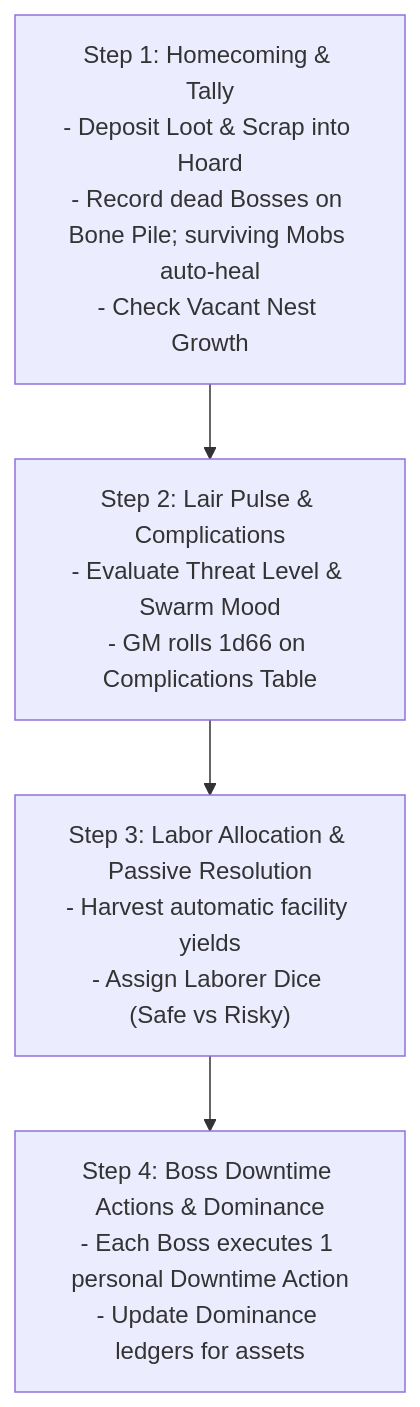
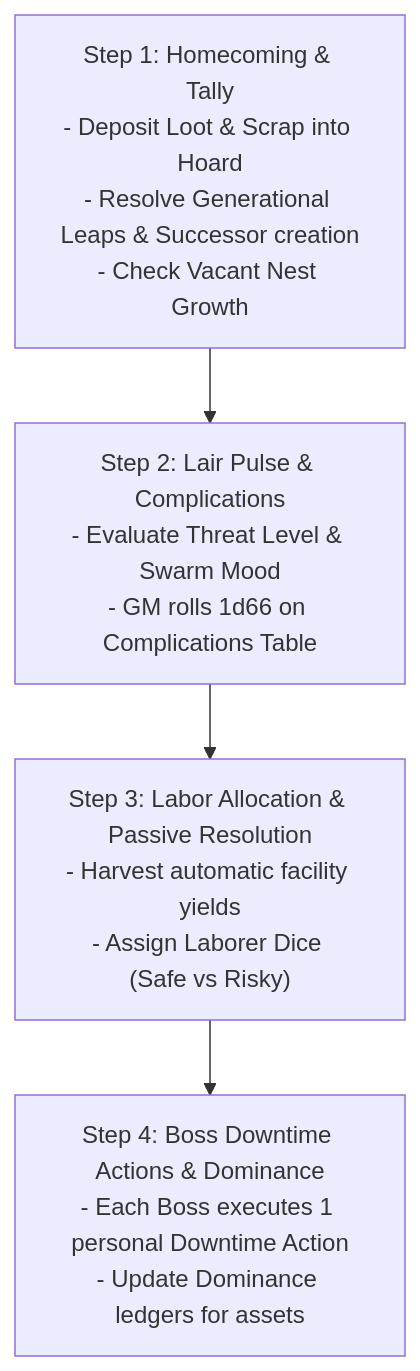
One commit to antedev/gobbos changed the first of 2 diagrams in 02_PROD_Core_Rules/10_The_Lair_Loop_and_Progression.md. Above: the diagram before and after it, drawn with Mermaid. The commit also changed other lines of this file and 2 other files, not shown here.

````diff
--- a/02_PROD_Core_Rules/10_The_Lair_Loop_and_Progression.md
+++ b/02_PROD_Core_Rules/10_The_Lair_Loop_and_Progression.md
@@ -87,6 +85,6 @@
 ```mermaid
 flowchart TD
-    S1["Step 1: Homecoming & Tally<br>- Deposit Loot & Scrap into Hoard<br>- Record dead Bosses on Bone Pile; surviving Mobs auto-heal<br>- Check Vacant Nest Growth"] --> S2["Step 2: Lair Pulse & Complications<br>- Evaluate Threat Level & Swarm Mood<br>- GM rolls 1d66 on Complications Table"]
+    S1["Step 1: Homecoming & Tally<br>- Deposit Loot & Scrap into Hoard<br>- Resolve Generational Leaps & Successor creation<br>- Check Vacant Nest Growth"] --> S2["Step 2: Lair Pulse & Complications<br>- Evaluate Threat Level & Swarm Mood<br>- GM rolls 1d66 on Complications Table"]
     S2 --> S3["Step 3: Labor Allocation & Passive Resolution<br>- Harvest automatic facility yields<br>- Assign Laborer Dice (Safe vs Risky)"]
     S3 --> S4["Step 4: Boss Downtime Actions & Dominance<br>- Each Boss executes 1 personal Downtime Action<br>- Update Dominance ledgers for assets"]
 ```
````
